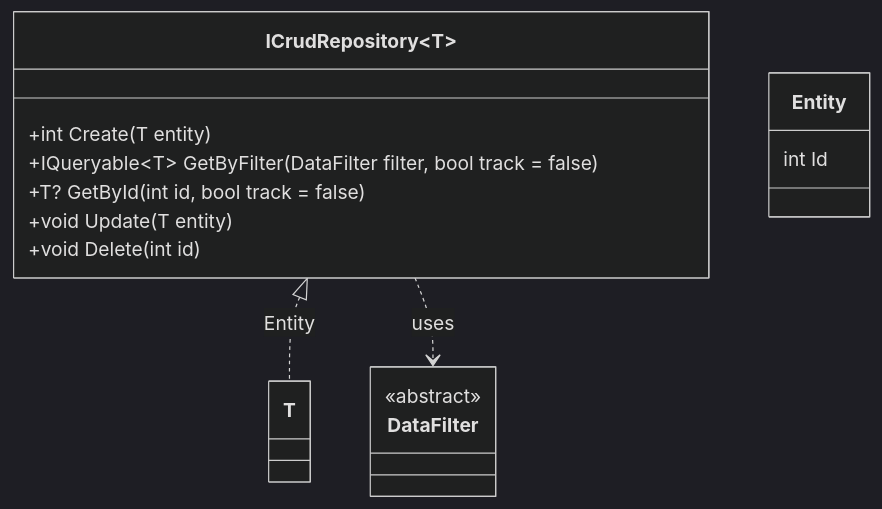
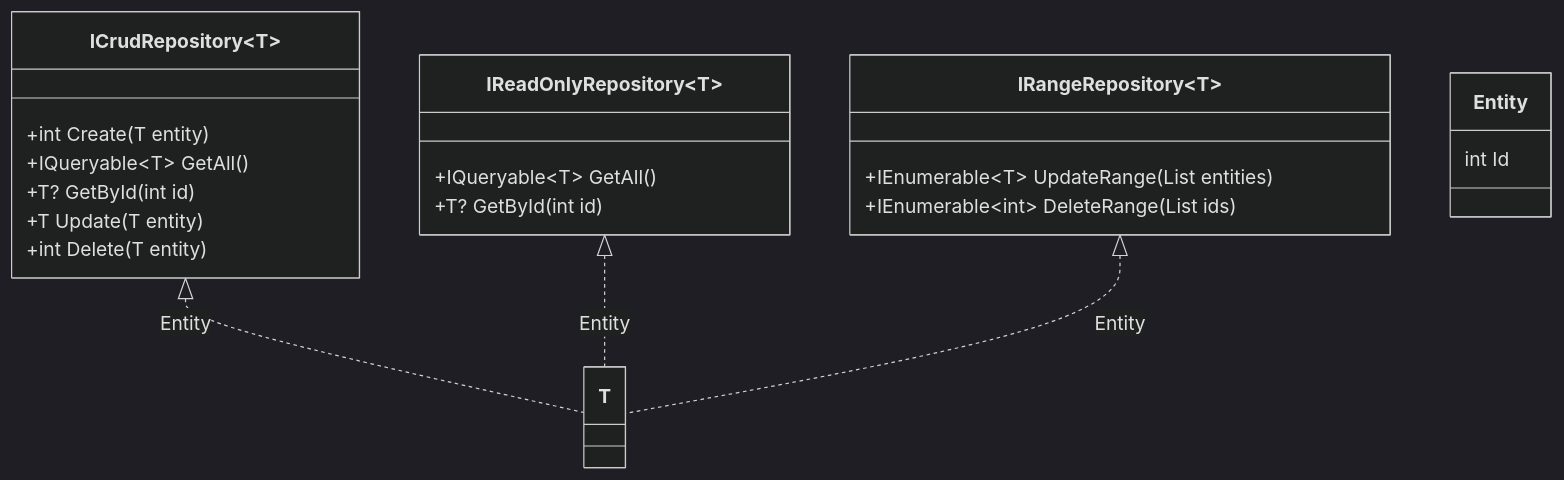
Before and after one commit to artur-rios/common: the diagram in docs/data.md, drawn with Mermaid (dark theme). The commit also changed other lines of this file and 4 other files, not shown here.

Commit message:
feat(data): add range and read only repositories

````diff
--- a/docs/data.md
+++ b/docs/data.md
@@ -7,21 +7,28 @@
 ```mermaid
 classDiagram
     ICrudRepository~T~ <|.. T: Entity
-    ICrudRepository ..> DataFilter: uses
+    IReadOnlyRepository~T~ <|.. T: Entity
+    IRangeRepository~T~ <|.. T: Entity
 
     class Entity {
         int Id
     }
 
-    class DataFilter {
-        <<abstract>>
+    class ICrudRepository~T~ {
+        +int Create(T entity)
+        +IQueryable~T~ GetAll()
+        +T? GetById(int id)
+        +T Update(T entity)
+        +int Delete(T entity)
     }
 
-    class ICrudRepository~T~ {
-        +int Create(T entity)
-        +IQueryable~T~ GetByFilter(DataFilter filter, bool track = false)
-        +T? GetById(int id, bool track = false)
-        +void Update(T entity)
-        +void Delete(int id)
+    class IReadOnlyRepository~T~ {
+        +IQueryable~T~ GetAll()
+        +T? GetById(int id)
+    }
+
+    class IRangeRepository~T~ {
+        +IEnumerable~T~ UpdateRange(List<T> entities)
+        +IEnumerable~int~ DeleteRange(List<int> ids)
     }
 ```
````
